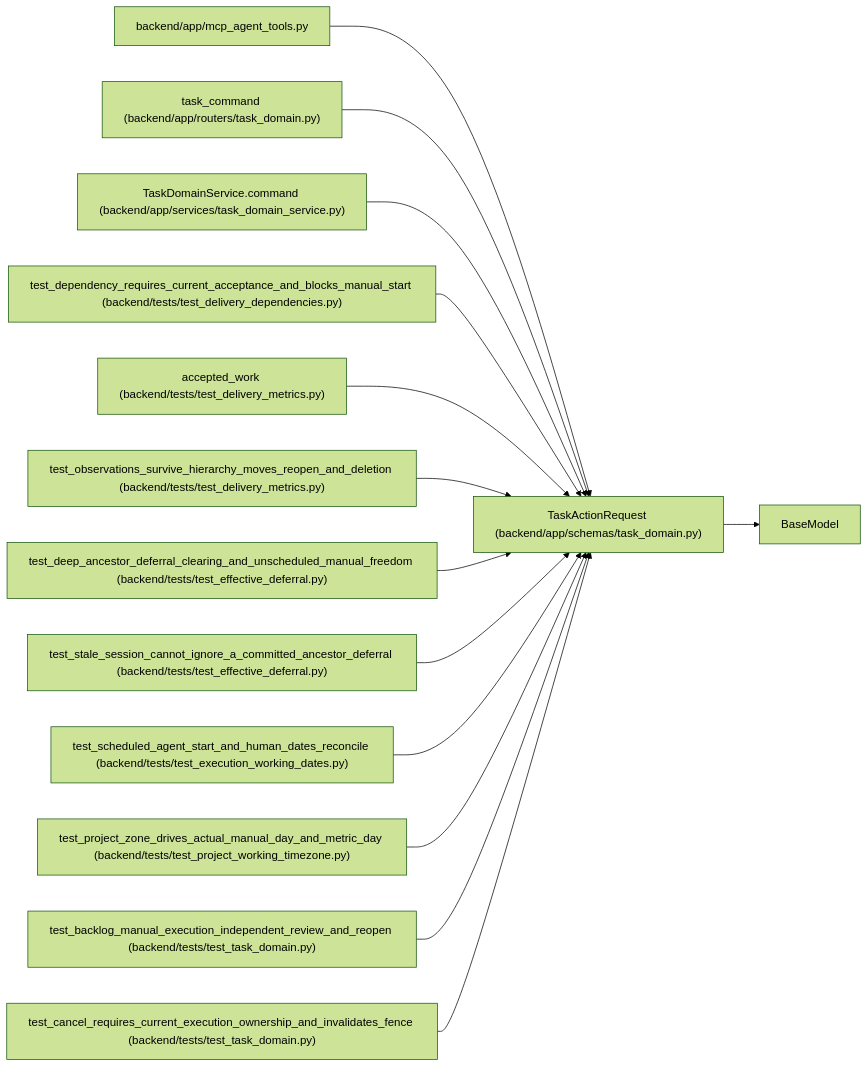
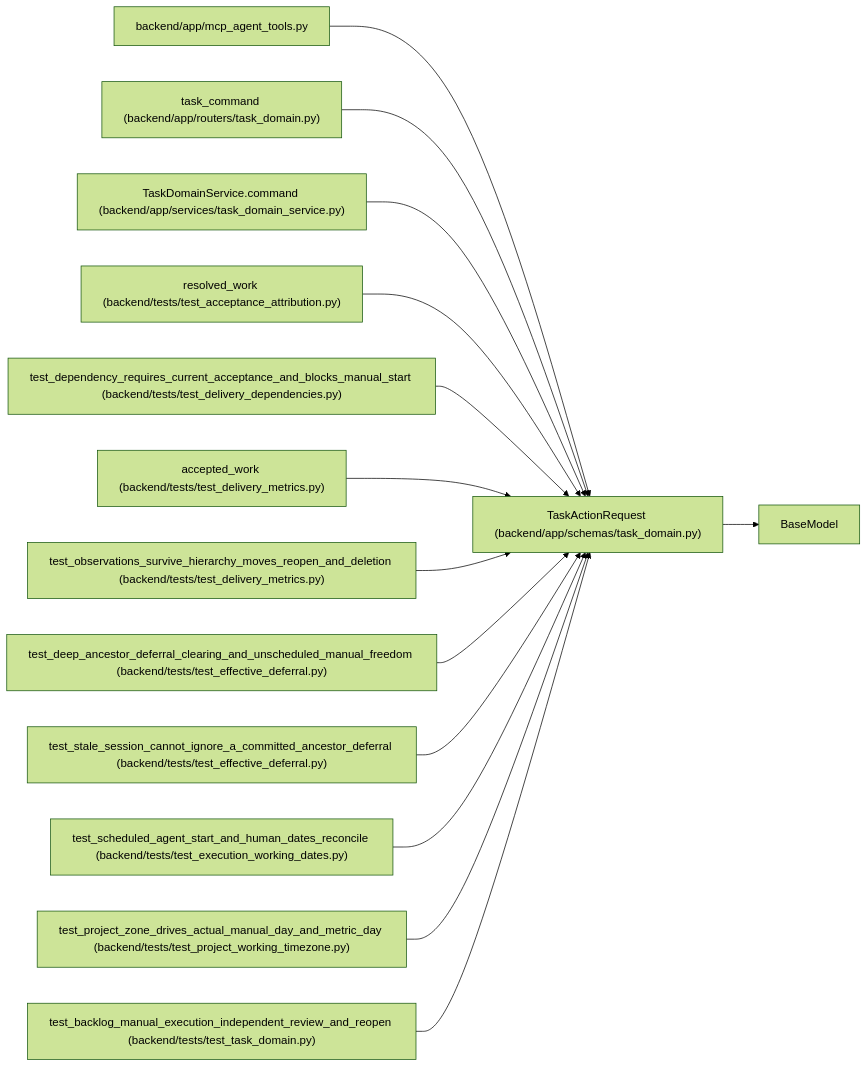
Before and after one commit to Denissvgn/WorkChord: the diagram in docs/llm_wiki/entities/TaskActionRequest.md, drawn with Mermaid (forest theme). The commit also changed other lines of this file and 2373 other files, not shown here.

Commit message:
Refresh workspace and agent review documentation

````diff
--- a/docs/llm_wiki/entities/TaskActionRequest.md
+++ b/docs/llm_wiki/entities/TaskActionRequest.md
@@ -46,43 +46,43 @@
 ```mermaid
 flowchart LR
     n0["TaskActionRequest (backend/app/schemas/task_domain.py)"]
     n1["BaseModel"]
     n2["backend/app/mcp_agent_tools.py"]
     n3["task_command (backend/app/routers/task_domain.py)"]
     n4["TaskDomainService.command (backend/app/services/task_domain_service.py)"]
-    n5["test_dependency_requires_current_acceptance_and_blocks_manual_start (backend/tests/test_delivery_dependencies.py)"]
-    n6["accepted_work (backend/tests/test_delivery_metrics.py)"]
-    n7["test_observations_survive_hierarchy_moves_reopen_and_deletion (backend/tests/test_delivery_metrics.py)"]
-    n8["test_deep_ancestor_deferral_clearing_and_unscheduled_manual_freedom (backend/tests/test_effective_deferral.py)"]
-    n9["test_stale_session_cannot_ignore_a_committed_ancestor_deferral (backend/tests/test_effective_deferral.py)"]
-    n10["test_scheduled_agent_start_and_human_dates_reconcile (backend/tests/test_execution_working_dates.py)"]
-    n11["test_project_zone_drives_actual_manual_day_and_metric_day (backend/tests/test_project_working_timezone.py)"]
-    n12["test_backlog_manual_execution_independent_review_and_reopen (backend/tests/test_task_domain.py)"]
-    n13["test_cancel_requires_current_execution_ownership_and_invalidates_fence (backend/tests/test_task_domain.py)"]
+    n5["resolved_work (backend/tests/test_acceptance_attribution.py)"]
+    n6["test_dependency_requires_current_acceptance_and_blocks_manual_start (backend/tests/test_delivery_dependencies.py)"]
+    n7["accepted_work (backend/tests/test_delivery_metrics.py)"]
+    n8["test_observations_survive_hierarchy_moves_reopen_and_deletion (backend/tests/test_delivery_metrics.py)"]
+    n9["test_deep_ancestor_deferral_clearing_and_unscheduled_manual_freedom (backend/tests/test_effective_deferral.py)"]
+    n10["test_stale_session_cannot_ignore_a_committed_ancestor_deferral (backend/tests/test_effective_deferral.py)"]
+    n11["test_scheduled_agent_start_and_human_dates_reconcile (backend/tests/test_execution_working_dates.py)"]
+    n12["test_project_zone_drives_actual_manual_day_and_metric_day (backend/tests/test_project_working_timezone.py)"]
+    n13["test_backlog_manual_execution_independent_review_and_reopen (backend/tests/test_task_domain.py)"]
     n0 --> n1
     n2 --> n0
     n3 --> n0
     n4 --> n0
     n5 --> n0
     n6 --> n0
     n7 --> n0
     n8 --> n0
     n9 --> n0
     n10 --> n0
     n11 --> n0
     n12 --> n0
     n13 --> n0
     click n0 "../modules/schemas_task_domain.md"
     click n2 "../modules/mcp_agent_tools.md"
     click n3 "../modules/routers_task_domain.md"
     click n4 "../modules/task_domain_service.md"
-    click n5 "../modules/test_delivery_dependencies.md"
-    click n6 "../modules/test_delivery_metrics.md"
+    click n5 "../modules/test_acceptance_attribution.md"
+    click n6 "../modules/test_delivery_dependencies.md"
     click n7 "../modules/test_delivery_metrics.md"
-    click n8 "../modules/test_effective_deferral.md"
+    click n8 "../modules/test_delivery_metrics.md"
     click n9 "../modules/test_effective_deferral.md"
-    click n10 "../modules/test_execution_working_dates.md"
-    click n11 "../modules/test_project_working_timezone.md"
-    click n12 "../modules/test_task_domain.md"
+    click n10 "../modules/test_effective_deferral.md"
+    click n11 "../modules/test_execution_working_dates.md"
+    click n12 "../modules/test_project_working_timezone.md"
     click n13 "../modules/test_task_domain.md"
 ```
````
